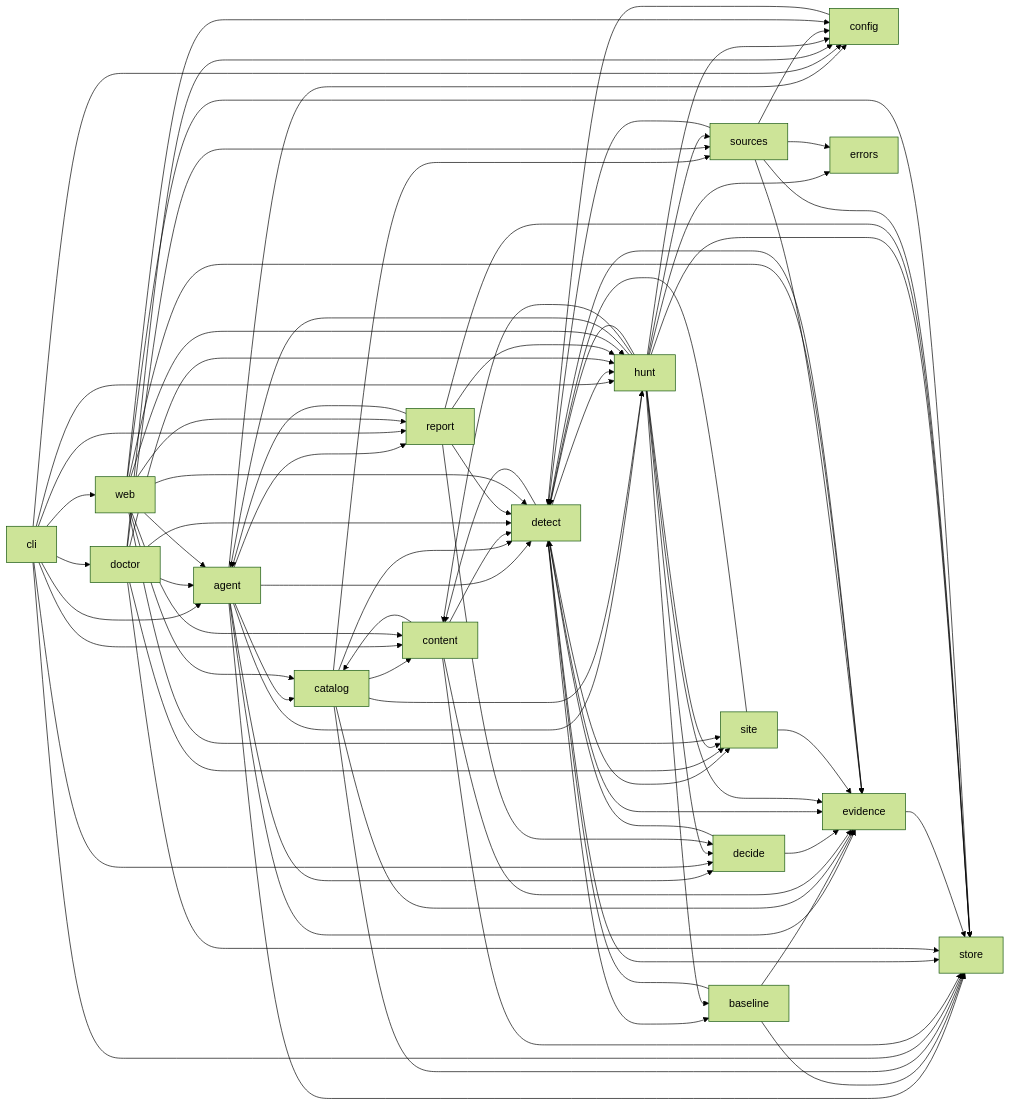
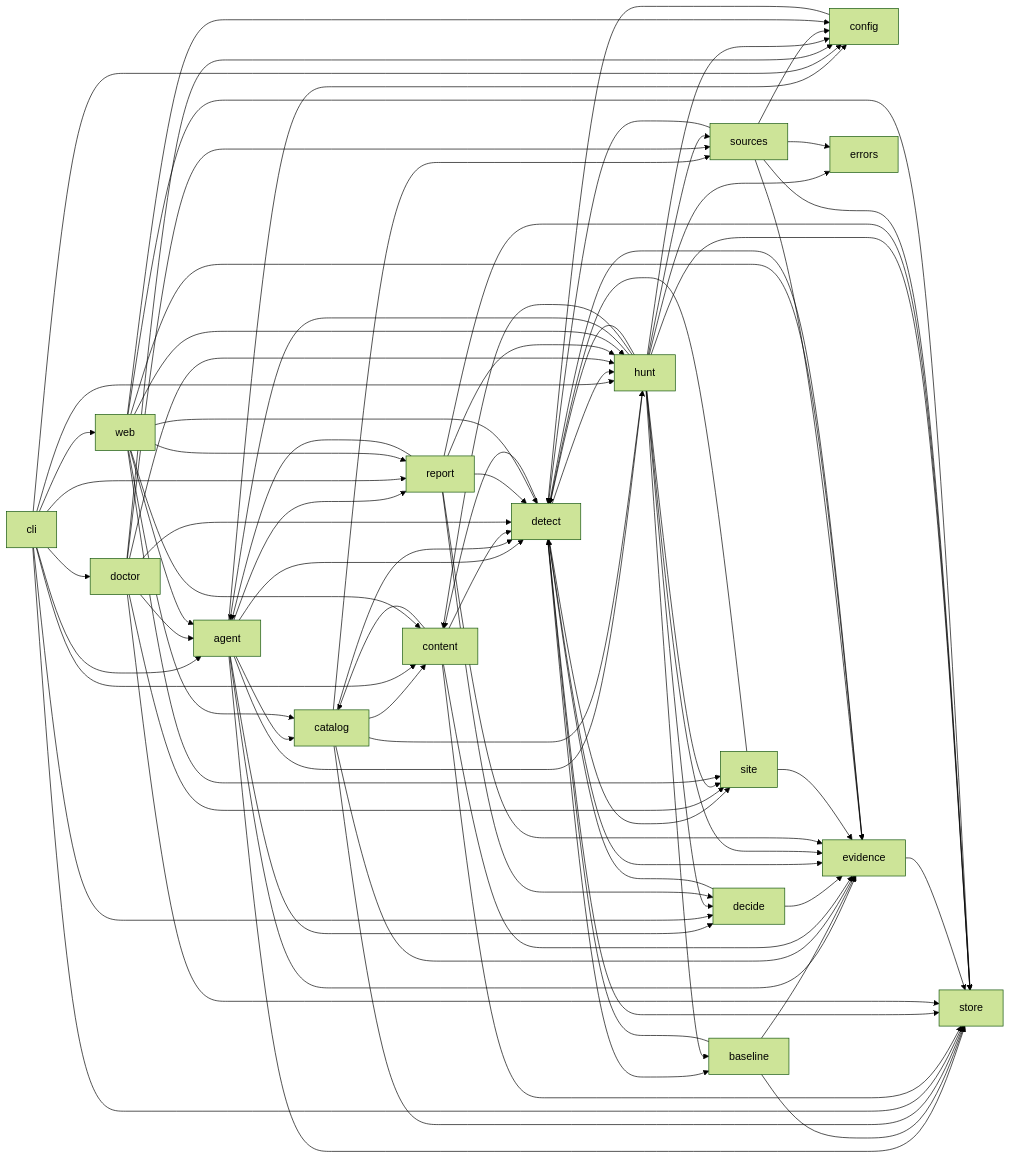
One commit to nickthabib-cloud/ROMULUS changed the diagram in docs/architecture/MODULE_MAP.md. Above: the diagram before and after it, drawn with Mermaid (forest theme). The commit also changed other lines of this file and 28 other files, not shown here.

```diff
--- a/docs/architecture/MODULE_MAP.md
+++ b/docs/architecture/MODULE_MAP.md
@@ -365,6 +367,7 @@
   report --> agent
   report --> decide
   report --> detect
+  report --> evidence
   report --> hunt
   report --> store
   site --> detect
```
